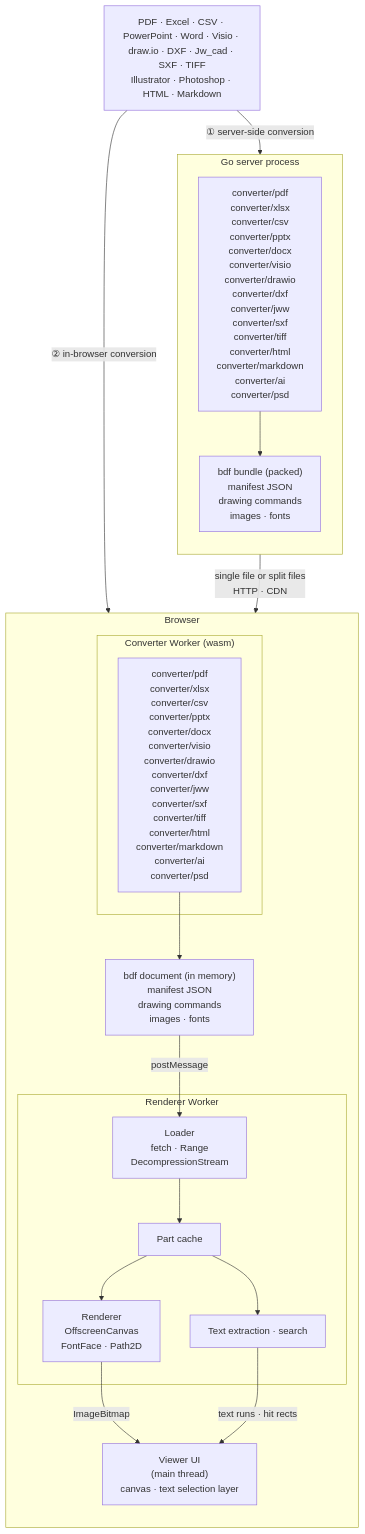
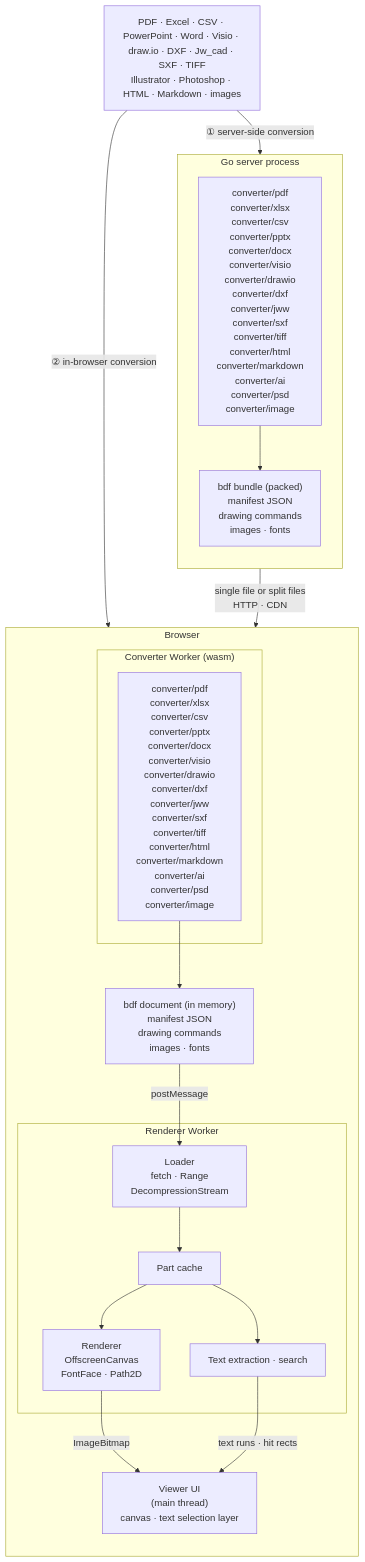
Before and after one commit to shibukawa/bdf: the diagram in README.md, drawn with Mermaid. The commit also changed other lines of this file and 77 other files, not shown here.

First line of the commit message:
Image converter: browser-displayable images pass through with their metadata; SVG images render, also in HTML and Markdown (#23)

````diff
--- a/README.md
+++ b/README.md
@@ -20,37 +20,37 @@
 ```mermaid
 flowchart TB
-    SRC["PDF · Excel · CSV · PowerPoint · Word · Visio · draw.io · DXF · Jw_cad · SXF · TIFF<br/>Illustrator · Photoshop · HTML · Markdown"]
+    SRC["PDF · Excel · CSV · PowerPoint · Word · Visio · draw.io · DXF · Jw_cad · SXF · TIFF<br/>Illustrator · Photoshop · HTML · Markdown · images"]
 
     subgraph SERVER["Go server process"]
         direction TB
-        SCONV["converter/pdf<br/>converter/xlsx<br/>converter/csv<br/>converter/pptx<br/>converter/docx<br/>converter/visio<br/>converter/drawio<br/>converter/dxf<br/>converter/jww<br/>converter/sxf<br/>converter/tiff<br/>converter/html<br/>converter/markdown<br/>converter/ai<br/>converter/psd"]
+        SCONV["converter/pdf<br/>converter/xlsx<br/>converter/csv<br/>converter/pptx<br/>converter/docx<br/>converter/visio<br/>converter/drawio<br/>converter/dxf<br/>converter/jww<br/>converter/sxf<br/>converter/tiff<br/>converter/html<br/>converter/markdown<br/>converter/ai<br/>converter/psd<br/>converter/image"]
         BUNDLE["bdf bundle (packed)<br/>manifest JSON<br/>drawing commands<br/>images · fonts"]
         SCONV --> BUNDLE
     end
 
     subgraph BROWSER["Browser"]
         direction TB
         subgraph CWORKER["Converter Worker (wasm)"]
-            WCONV["converter/pdf<br/>converter/xlsx<br/>converter/csv<br/>converter/pptx<br/>converter/docx<br/>converter/visio<br/>converter/drawio<br/>converter/dxf<br/>converter/jww<br/>converter/sxf<br/>converter/tiff<br/>converter/html<br/>converter/markdown<br/>converter/ai<br/>converter/psd"]
+            WCONV["converter/pdf<br/>converter/xlsx<br/>converter/csv<br/>converter/pptx<br/>converter/docx<br/>converter/visio<br/>converter/drawio<br/>converter/dxf<br/>converter/jww<br/>converter/sxf<br/>converter/tiff<br/>converter/html<br/>converter/markdown<br/>converter/ai<br/>converter/psd<br/>converter/image"]
         end
         PARTS["bdf document (in memory)<br/>manifest JSON<br/>drawing commands<br/>images · fonts"]
         subgraph RWORKER["Renderer Worker"]
             LOADER["Loader<br/>fetch · Range<br/>DecompressionStream"]
             STORE["Part cache"]
             RENDER["Renderer<br/>OffscreenCanvas<br/>FontFace · Path2D"]
             TEXT["Text extraction · search"]
             LOADER --> STORE
             STORE --> RENDER
             STORE --> TEXT
         end
         UI["Viewer UI<br/>(main thread)<br/>canvas · text selection layer"]
         WCONV --> PARTS
     end
 
     SRC -- "① server-side conversion" --> SCONV
     SRC -- "② in-browser conversion" --> WCONV
     BUNDLE -- "single file or split files<br/>HTTP · CDN" --> LOADER
     PARTS -- "postMessage" --> LOADER
     RENDER -- "ImageBitmap" --> UI
     TEXT -- "text runs · hit rects" --> UI
 ```
````
